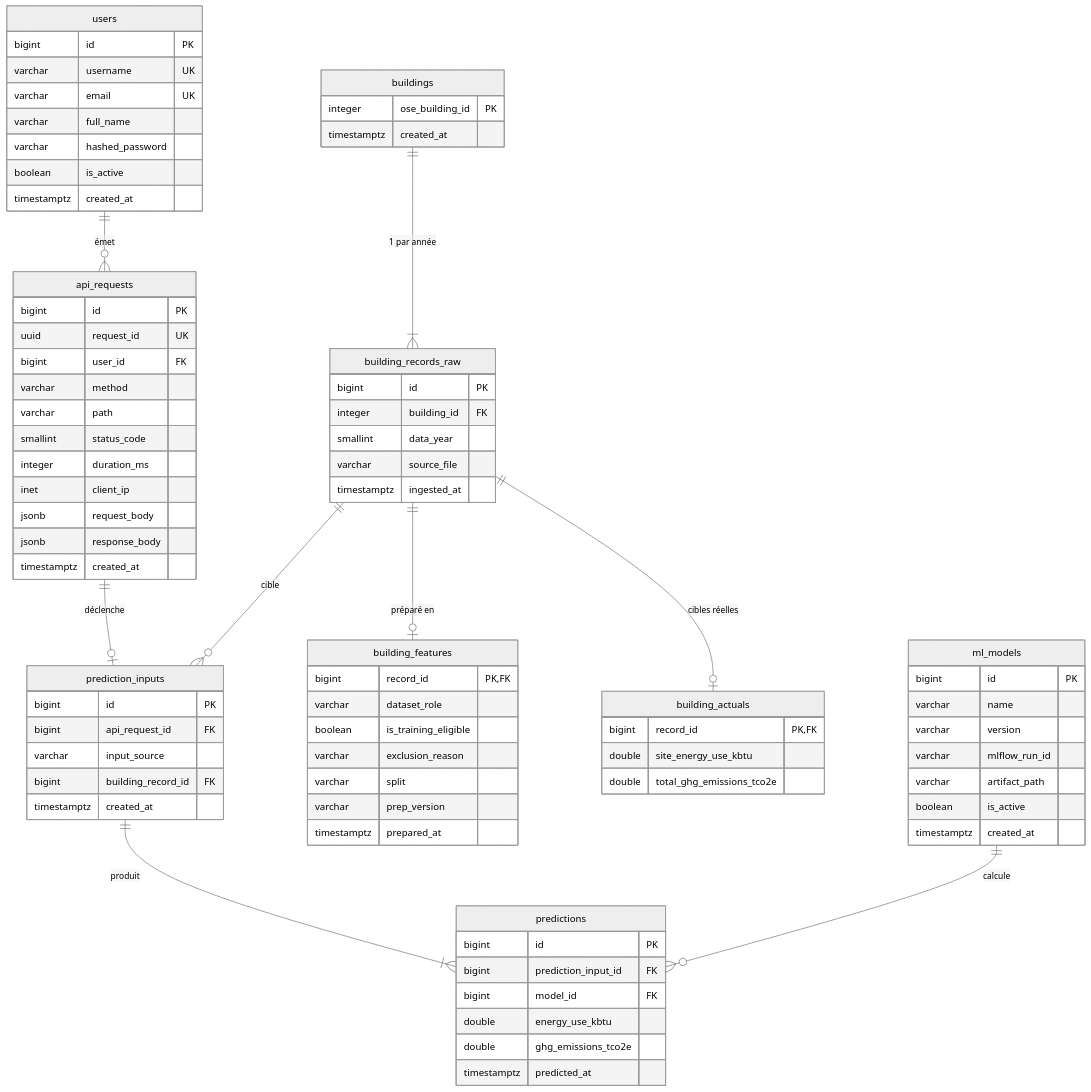
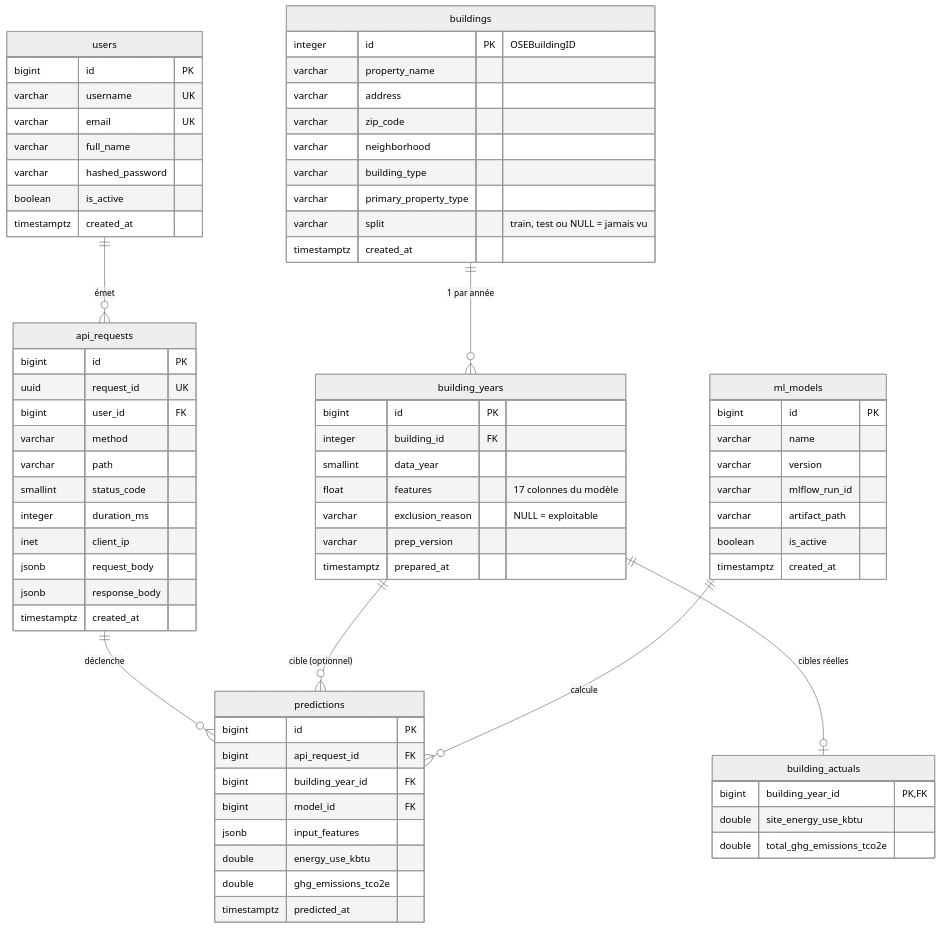
One commit to WillIsback/OC-P5_Deployez_un_modele_de_Machine_Learning changed the diagram in docs/db/README.md. Above: the diagram before and after it, drawn with Mermaid (neutral theme). The commit also changed other lines of this file and 29 other files, not shown here.

````diff
--- a/docs/db/README.md
+++ b/docs/db/README.md
@@ -7,12 +7,10 @@
 ```mermaid
 erDiagram
     users ||--o{ api_requests : "émet"
-    api_requests ||--o| prediction_inputs : "déclenche"
-    buildings ||--|{ building_records_raw : "1 par année"
-    building_records_raw ||--o| building_features : "préparé en"
-    building_records_raw ||--o| building_actuals : "cibles réelles"
-    building_records_raw ||--o{ prediction_inputs : "cible"
-    prediction_inputs ||--|{ predictions : "produit"
+    api_requests ||--o{ predictions : "déclenche"
+    buildings ||--o{ building_years : "1 par année"
+    building_years ||--o| building_actuals : "cibles réelles"
+    building_years ||--o{ predictions : "cible (optionnel)"
     ml_models ||--o{ predictions : "calcule"
 
     users {
@@ -38,27 +36,27 @@
         timestamptz created_at
     }
     buildings {
-        integer ose_building_id PK
+        integer id PK "OSEBuildingID"
+        varchar property_name
+        varchar address
+        varchar zip_code
+        varchar neighborhood
+        varchar building_type
+        varchar primary_property_type
+        varchar split "train, test ou NULL = jamais vu"
         timestamptz created_at
     }
-    building_records_raw {
+    building_years {
         bigint id PK
         integer building_id FK
         smallint data_year
-        varchar source_file
-        timestamptz ingested_at
-    }
-    building_features {
-        bigint record_id PK,FK
-        varchar dataset_role
-        boolean is_training_eligible
-        varchar exclusion_reason
-        varchar split
+        float features "17 colonnes du modèle"
+        varchar exclusion_reason "NULL = exploitable"
         varchar prep_version
         timestamptz prepared_at
     }
     building_actuals {
-        bigint record_id PK,FK
+        bigint building_year_id PK,FK
         double site_energy_use_kbtu
         double total_ghg_emissions_tco2e
     }
@@ -71,17 +69,12 @@
         boolean is_active
         timestamptz created_at
     }
-    prediction_inputs {
+    predictions {
         bigint id PK
         bigint api_request_id FK
-        varchar input_source
-        bigint building_record_id FK
-        timestamptz created_at
-    }
-    predictions {
-        bigint id PK
-        bigint prediction_input_id FK
+        bigint building_year_id FK
         bigint model_id FK
+        jsonb input_features
         double energy_use_kbtu
         double ghg_emissions_tco2e
         timestamptz predicted_at
````
